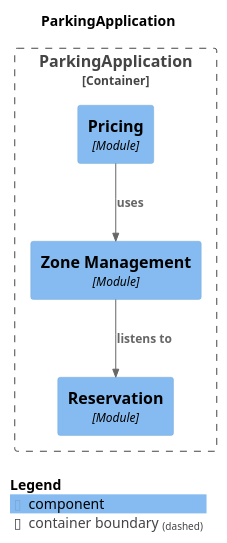
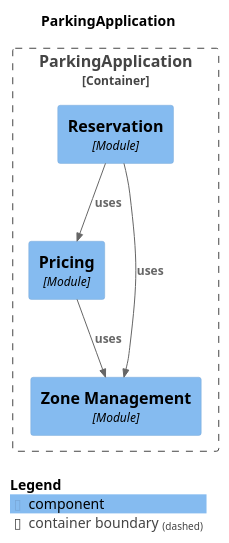
One commit to VladTZY/Erasmus-CarParking changed the diagram in target/spring-modulith-docs/components.puml. Above: the diagram before and after it, drawn with PlantUML. The commit also changed 30 other files, not shown here.

```diff
--- a/target/spring-modulith-docs/components.puml
+++ b/target/spring-modulith-docs/components.puml
@@ -1,21 +1,22 @@
 @startuml
 set separator none
 title ParkingApplication
 
 top to bottom direction
 
 !include <C4/C4>
 !include <C4/C4_Context>
 !include <C4/C4_Component>
 
 Container_Boundary("ParkingApplication.ParkingApplication_boundary", "ParkingApplication", $tags="") {
   Component(ParkingApplication.ParkingApplication.Pricing, "Pricing", $techn="Module", $descr="", $tags="", $link="")
   Component(ParkingApplication.ParkingApplication.Reservation, "Reservation", $techn="Module", $descr="", $tags="", $link="")
   Component(ParkingApplication.ParkingApplication.ZoneManagement, "Zone Management", $techn="Module", $descr="", $tags="", $link="")
 }
 
+Rel(ParkingApplication.ParkingApplication.Reservation, ParkingApplication.ParkingApplication.ZoneManagement, "uses", $techn="", $tags="", $link="")
+Rel(ParkingApplication.ParkingApplication.Reservation, ParkingApplication.ParkingApplication.Pricing, "uses", $techn="", $tags="", $link="")
 Rel(ParkingApplication.ParkingApplication.Pricing, ParkingApplication.ParkingApplication.ZoneManagement, "uses", $techn="", $tags="", $link="")
-Rel(ParkingApplication.ParkingApplication.ZoneManagement, ParkingApplication.ParkingApplication.Reservation, "listens to", $techn="", $tags="", $link="")
 
 SHOW_LEGEND(true)
 @enduml
```
